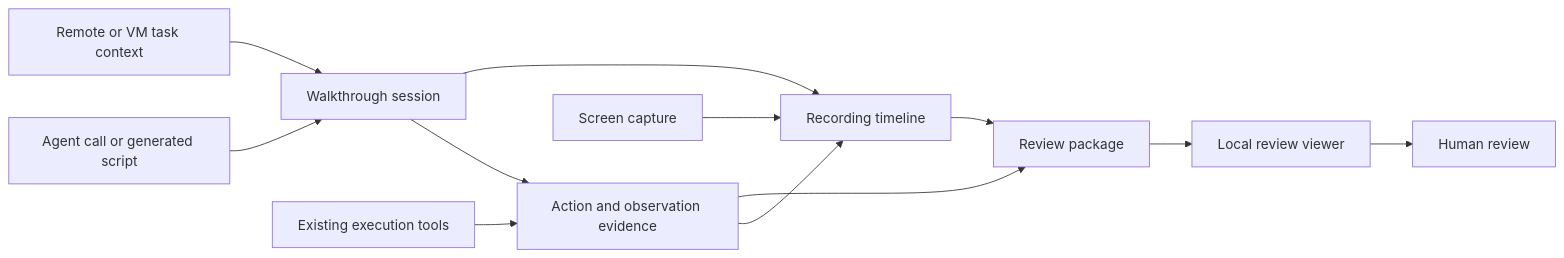
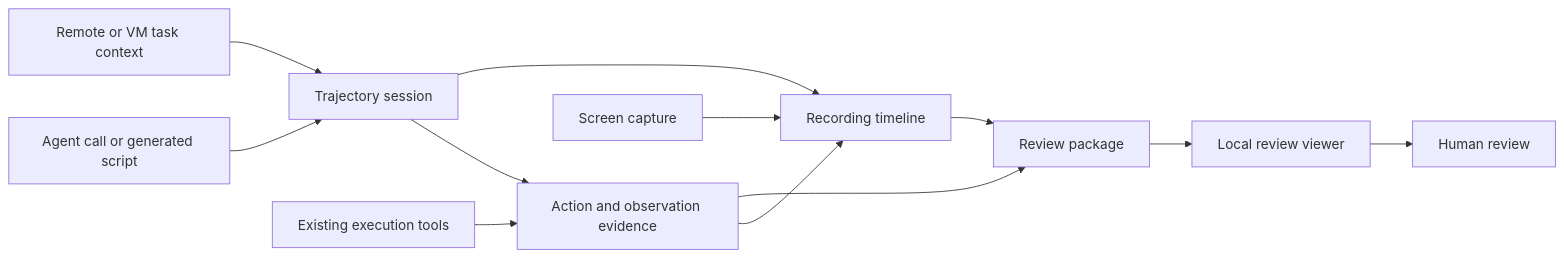
The diagram in docs/arch/index.md (WeZZard/relay-driver), drawn with Mermaid before and after one commit. The commit also changed other lines of this file and 20 other files, not shown here.

````diff
--- a/docs/arch/index.md
+++ b/docs/arch/index.md
@@ -7,14 +7,14 @@
 ```mermaid
 flowchart LR
-    Caller[Agent call or generated script] --> Session[Walkthrough session]
+    Caller[Agent call or generated script] --> Session[Trajectory session]
     Environment[Remote or VM task context] --> Session
     Session --> Action[Action and observation evidence]
     Session --> Timeline[Recording timeline]
     Backend[Existing execution tools] --> Action
     Capture[Screen capture] --> Timeline
     Action --> Timeline
     Action --> Package[Review package]
     Timeline --> Package
     Package --> Viewer[Local review viewer]
     Viewer --> Review[Human review]
 ```
````
